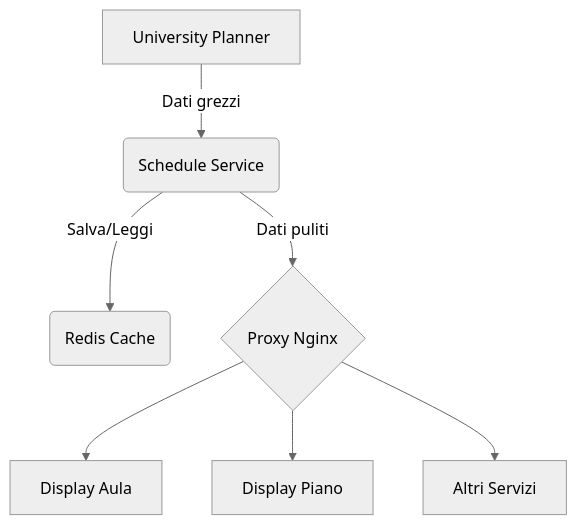
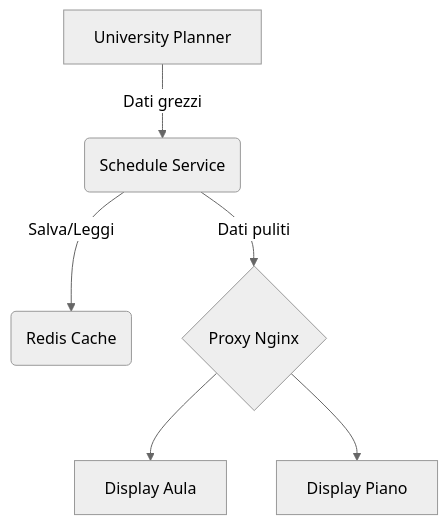
One commit to Mantineo-Massimo/schedule-service changed the diagram in README.md. Above: the diagram before and after it, drawn with Mermaid (neutral theme).

Commit message:
feat: Remove reference to 'Altri Servizi' in architecture diagram for clarity

````diff
--- a/README.md
+++ b/README.md
@@ -49,9 +49,8 @@
 ```mermaid
 graph TD
     A[University Planner] -->|Dati grezzi| B(Schedule Service);
     B -->|Salva/Leggi| C(Redis Cache);
     B -->|Dati puliti| D{Proxy Nginx};
     D --> E[Display Aula];
     D --> F[Display Piano];
-    D --> G[Altri Servizi];
 ```
````
